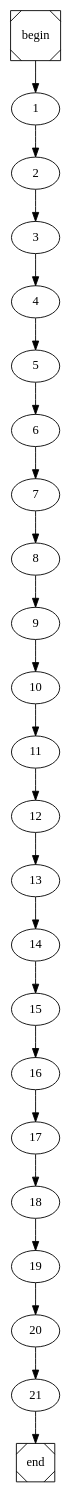
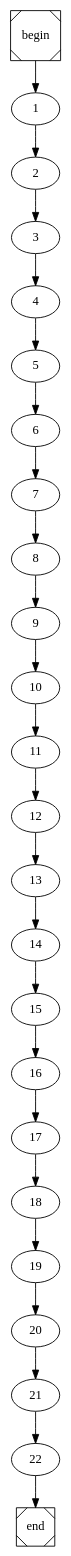
Before and after one commit to arubenruben/JMM-Compiler: the diagram in sum.dot, drawn with Graphviz. The commit also changed 2 other files, not shown here.

```diff
--- a/sum.dot
+++ b/sum.dot
@@ -1,4 +1,4 @@
 digraph cfg {
 	begin [shape=Msquare];
 	end [shape=Msquare];
-	begin -> 1;	1 -> 2;	2 -> 3;	3 -> 4;	4 -> 5;	5 -> 6;	6 -> 7;	7 -> 8;	8 -> 9;	9 -> 10;	10 -> 11;	11 -> 12;	12 -> 13;	13 -> 14;	14 -> 15;	15 -> 16;	16 -> 17;	17 -> 18;	18 -> 19;	19 -> 20;	20 -> 21;	21 -> end;}
+	begin -> 1;	1 -> 2;	2 -> 3;	3 -> 4;	4 -> 5;	5 -> 6;	6 -> 7;	7 -> 8;	8 -> 9;	9 -> 10;	10 -> 11;	11 -> 12;	12 -> 13;	13 -> 14;	14 -> 15;	15 -> 16;	16 -> 17;	17 -> 18;	18 -> 19;	19 -> 20;	20 -> 21;	21 -> 22;	22 -> end;}
```
